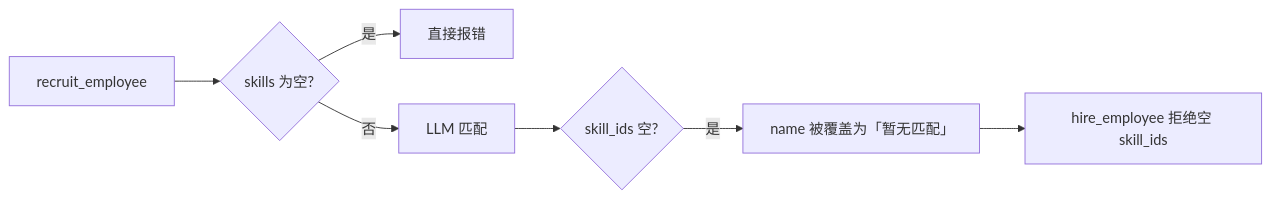
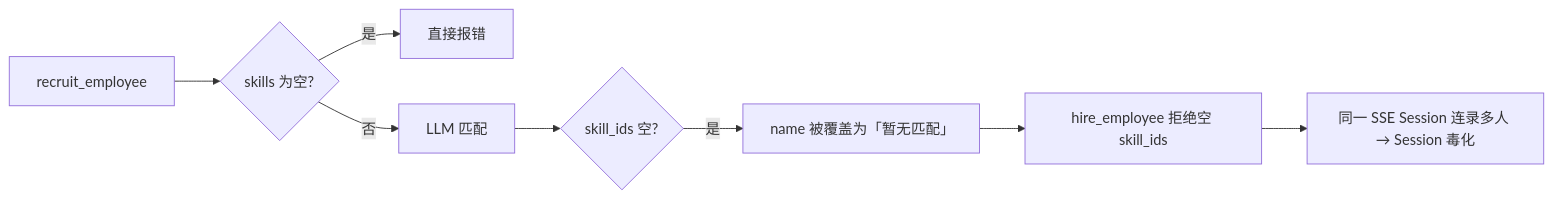
One commit to rzx007/digital-employe-client-web-m changed the first of 2 diagrams in .cursor/plans/总管员工crud与招聘_fe1fbe1a.plan.md. Above: the diagram before and after it, drawn with Mermaid. The commit also changed other lines of this file and 18 other files, not shown here.

````diff
--- a/.cursor/plans/总管员工crud与招聘_fe1fbe1a.plan.md
+++ b/.cursor/plans/总管员工crud与招聘_fe1fbe1a.plan.md
@@ -50,9 +60,10 @@
 ```mermaid
 flowchart LR
     A[recruit_employee] --> B{skills 为空?}
     B -->|是| C[直接报错]
     B -->|否| D[LLM 匹配]
     D --> E{skill_ids 空?}
     E -->|是| F["name 被覆盖为「暂无匹配」"]
     F --> G[hire_employee 拒绝空 skill_ids]
+    G --> H[同一 SSE Session 连录多人 → Session 毒化]
 ```
````
